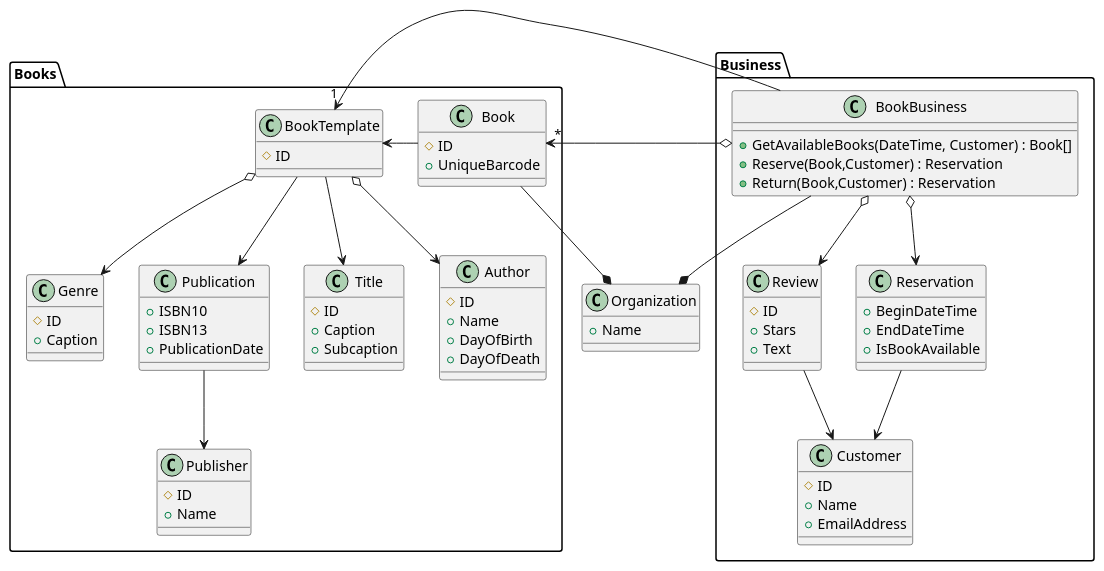
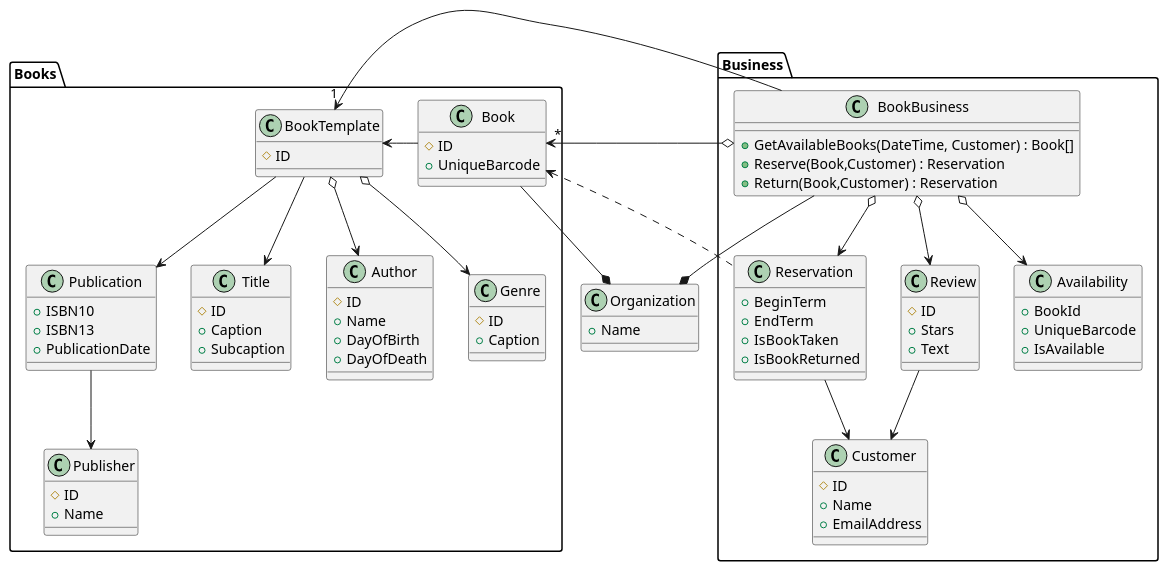
Before and after one commit to Xsysstar/Nerds.Library: the diagram in library-api.puml, drawn with PlantUML. The commit also changed 7 other files, not shown here.

Commit message:
Implement rudimentary model for book availability and reservations

```diff
--- a/library-api.puml
+++ b/library-api.puml
@@ -1,91 +1,100 @@
 @startuml
 
 class Organization {
 	+Name
 }
 Organization *-- Books.Book
 Business.BookBusiness --* Organization
 
 package Books
 {
 	class Book {
 		#ID
 		+UniqueBarcode
 	}
 	Book -> BookTemplate
 
 	class BookTemplate {
 		#ID
 	}
 	BookTemplate --> Publication
 	BookTemplate --> Title
 	BookTemplate o--> Author
 	BookTemplate o--> Genre
 
 
 	class Author {
 		#ID
 		+Name
 		+DayOfBirth
 		+DayOfDeath
 	}
 
 	class Publication {
 		+ISBN10
 		+ISBN13
 		+PublicationDate
 	}
 	Publication --> Publisher
 
 	class Publisher {
 		#ID
 		+Name
 	}
 
 	class Genre {
 		#ID
 		+Caption
 	}
 
 	class Title {
 		#ID
 		+Caption
 		+Subcaption
 	}
 }
 package Business 
 {
 	class BookBusiness {
 		+GetAvailableBooks(DateTime, Customer) : Book[]
 		+Reserve(Book,Customer) : Reservation
 		+Return(Book,Customer) : Reservation
 	}
 	BookBusiness o--> Reservation
 	BookBusiness o--> Review
+	BookBusiness o--> Availability
 
 	Books.Book "*" <-o BookBusiness
 	Books.BookTemplate "1" <- BookBusiness
 
 	class Reservation {
-		+BeginDateTime
-		+EndDateTime
-		+IsBookAvailable
+		+BeginTerm
+		+EndTerm
+		+IsBookTaken
+		+IsBookReturned
 	}
 	Reservation --> Customer
+	Books.Book <.. Reservation
+
+	class Availability {
+		+BookId
+		+UniqueBarcode
+		+IsAvailable
+	}
 
 	class Customer {
 		#ID
 		+Name
 		+EmailAddress
 	}
 
 	class Review {
 		#ID
 		+Stars
 		+Text
 	}
 	Review --> Customer
 
 }
 
 @enduml
```
